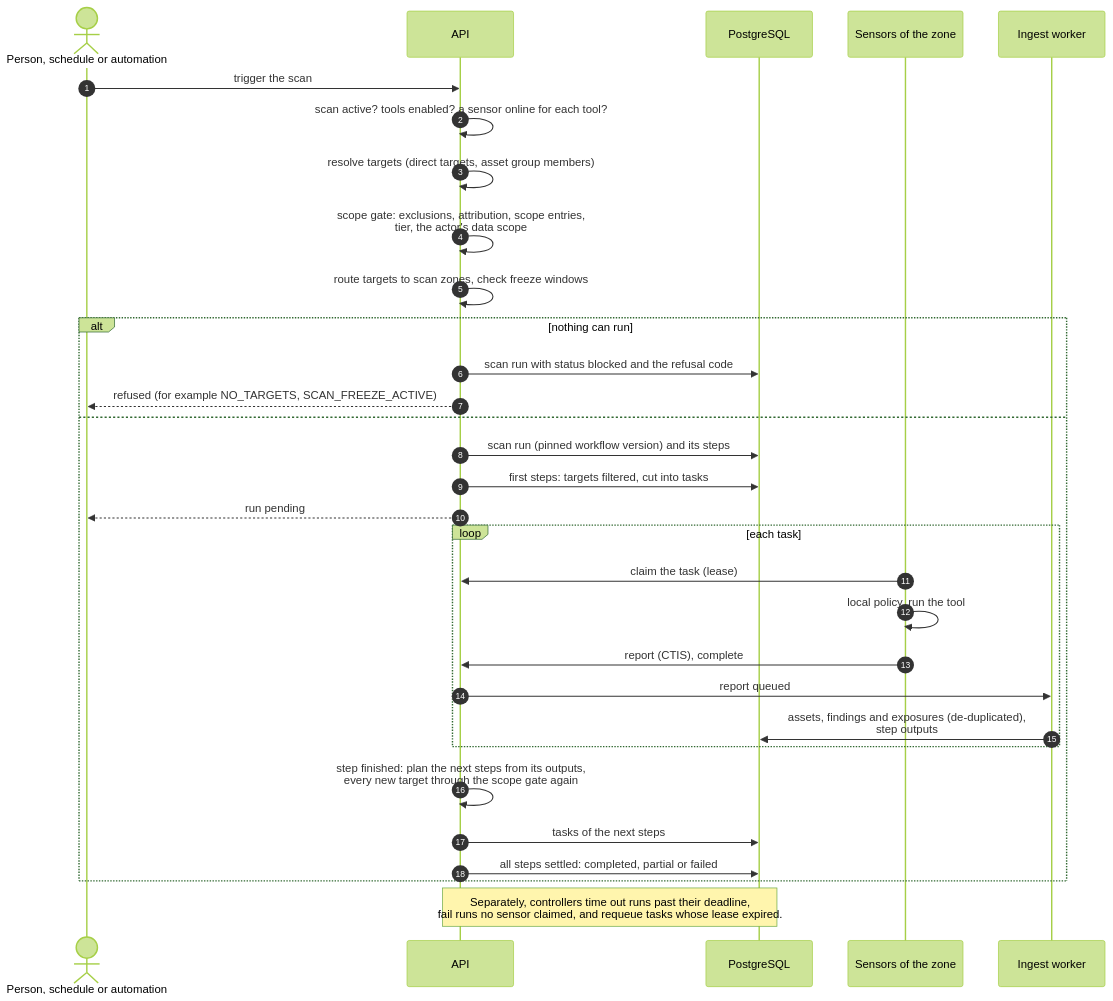
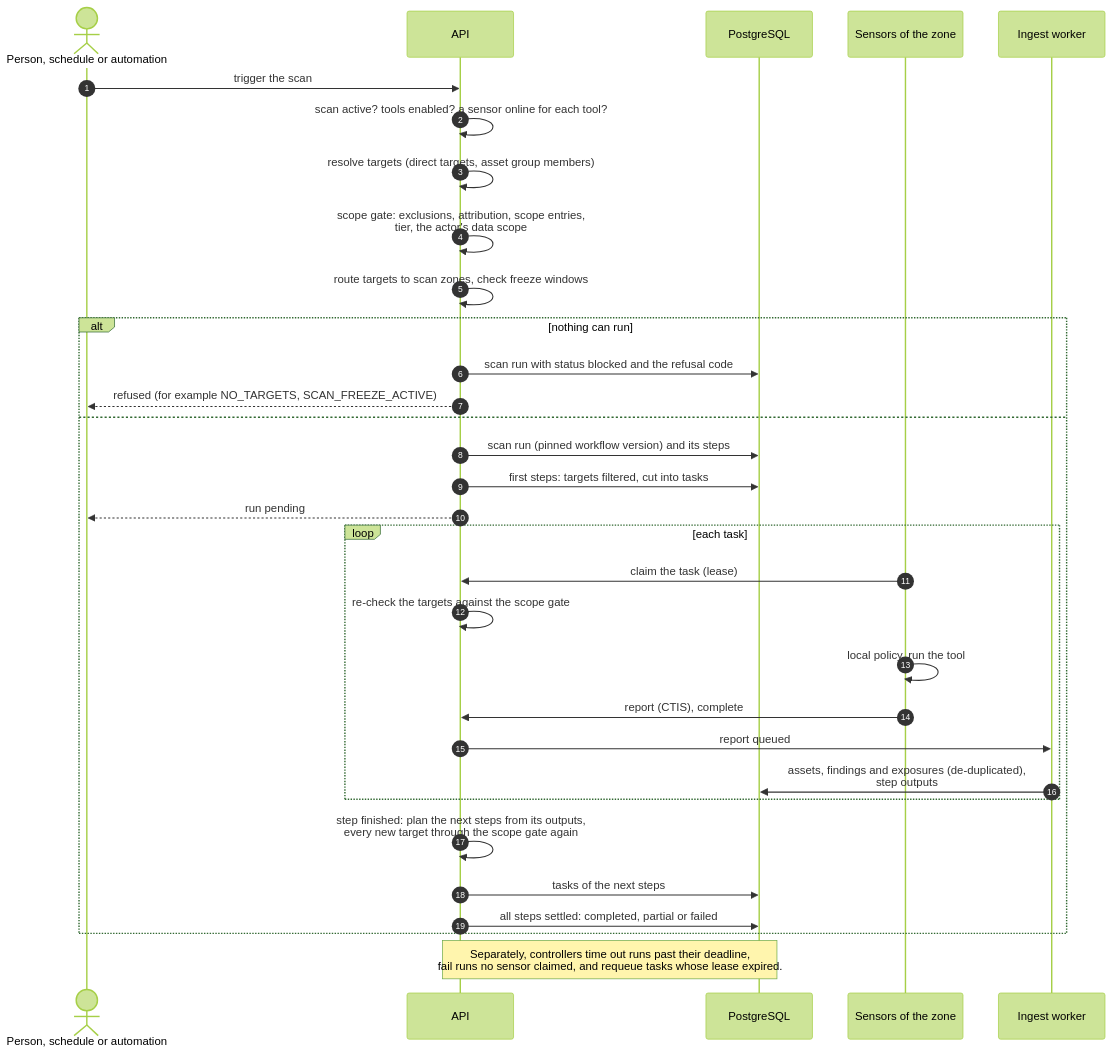
The second of 2 diagrams in scanning/scans-and-runs.md (openctemio/docs), drawn with Mermaid (forest theme) before and after one commit. The commit also changed other lines of this file and 1 other file, not shown here.

Commit message:
docs: claim-time scope re-check and SCOPE_CHANGED

````diff
--- a/scanning/scans-and-runs.md
+++ b/scanning/scans-and-runs.md
@@ -87,33 +87,34 @@
 ```mermaid
 sequenceDiagram
     autonumber
     actor U as Person, schedule or automation
     participant API as API
     participant DB as PostgreSQL
     participant S as Sensors of the zone
     participant W as Ingest worker
     U->>API: trigger the scan
     API->>API: scan active? tools enabled? a sensor online for each tool?
     API->>API: resolve targets (direct targets, asset group members)
     API->>API: scope gate: exclusions, attribution, scope entries,<br/>tier, the actor's data scope
     API->>API: route targets to scan zones, check freeze windows
     alt nothing can run
         API->>DB: scan run with status blocked and the refusal code
         API-->>U: refused (for example NO_TARGETS, SCAN_FREEZE_ACTIVE)
     else
         API->>DB: scan run (pinned workflow version) and its steps
         API->>DB: first steps: targets filtered, cut into tasks
         API-->>U: run pending
         loop each task
             S->>API: claim the task (lease)
+            API->>API: re-check the targets against the scope gate
             S->>S: local policy, run the tool
             S->>API: report (CTIS), complete
             API->>W: report queued
             W->>DB: assets, findings and exposures (de-duplicated),<br/>step outputs
         end
         API->>API: step finished: plan the next steps from its outputs,<br/>every new target through the scope gate again
         API->>DB: tasks of the next steps
         API->>DB: all steps settled: completed, partial or failed
     end
     Note over API,DB: Separately, controllers time out runs past their deadline,<br/>fail runs no sensor claimed, and requeue tasks whose lease expired.
 ```
````
